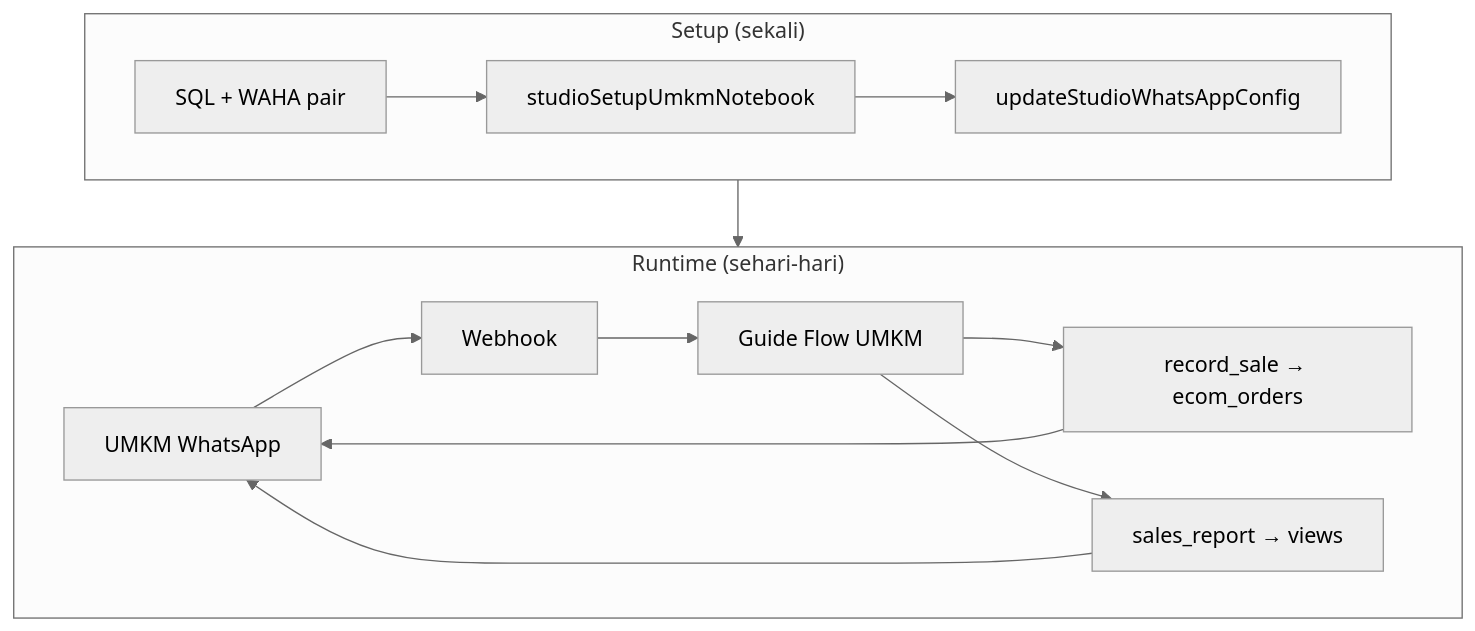
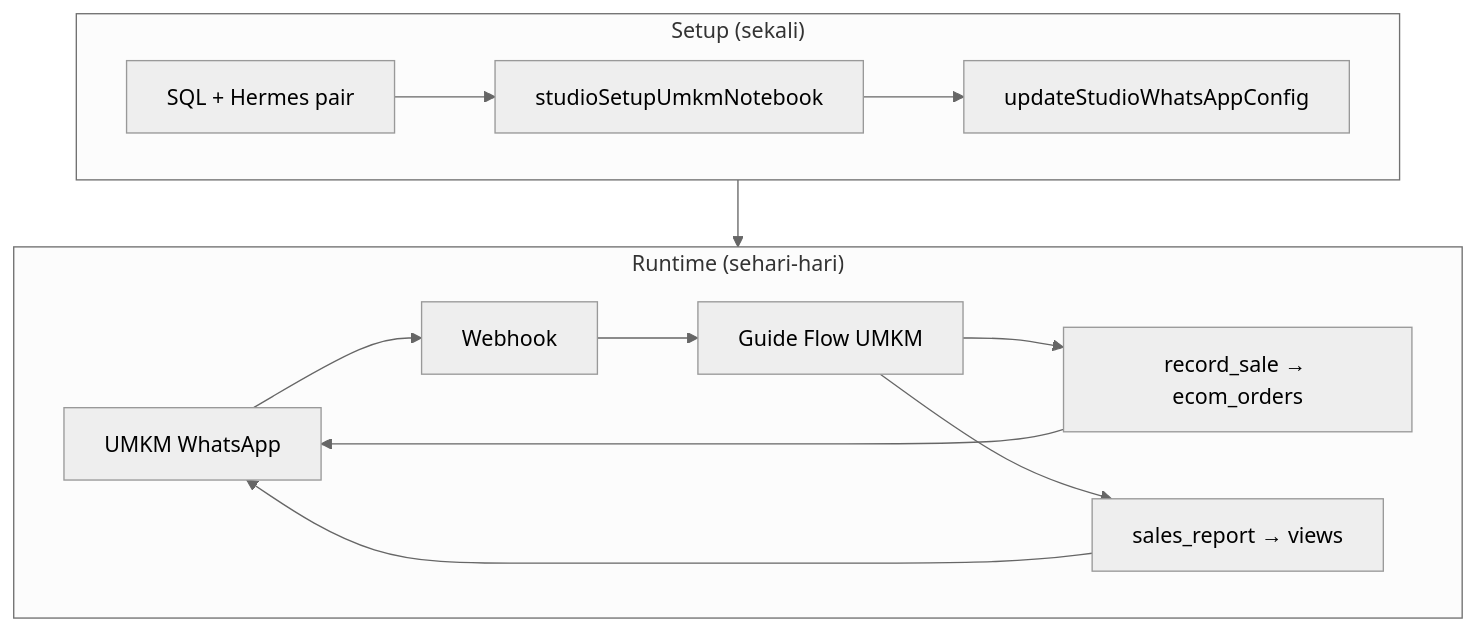
Before and after one commit to nusantarasoft/juragan-aibuilder-cup: the tenth of 10 diagrams in middleware/STUDIO_UMKM_FLOW.md, drawn with Mermaid (neutral theme). The commit also changed other lines of this file and 42 other files, not shown here.

````diff
--- a/middleware/STUDIO_UMKM_FLOW.md
+++ b/middleware/STUDIO_UMKM_FLOW.md
@@ -470,24 +470,24 @@
 ```mermaid
 flowchart TB
     subgraph Setup["Setup (sekali)"]
-        S1[SQL + WAHA pair]
+        S1[SQL + Hermes pair]
         S2[studioSetupUmkmNotebook]
         S3[updateStudioWhatsAppConfig]
         S1 --> S2 --> S3
     end
 
     subgraph Runtime["Runtime (sehari-hari)"]
         U[UMKM WhatsApp]
         W[Webhook]
         G[Guide Flow UMKM]
         A1[record_sale → ecom_orders]
         A2[sales_report → views]
         U --> W --> G
         G --> A1
         G --> A2
         A1 --> U
         A2 --> U
     end
 
     Setup --> Runtime
 ```
````
